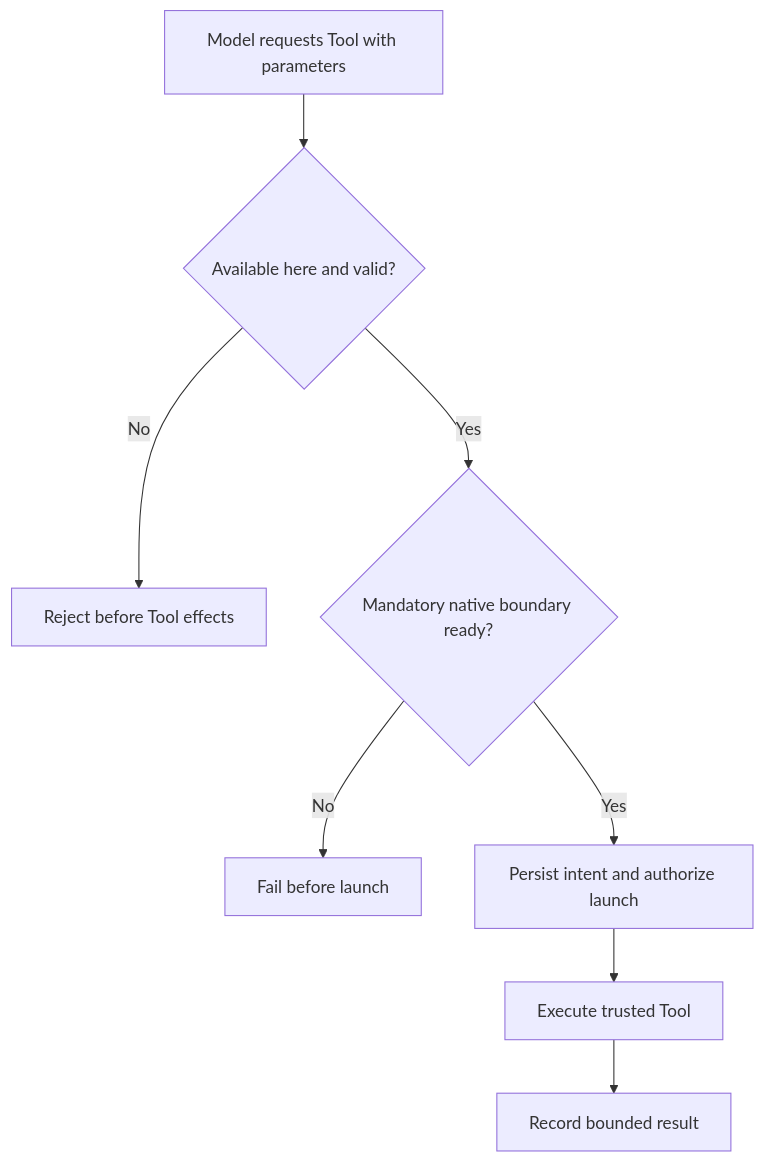
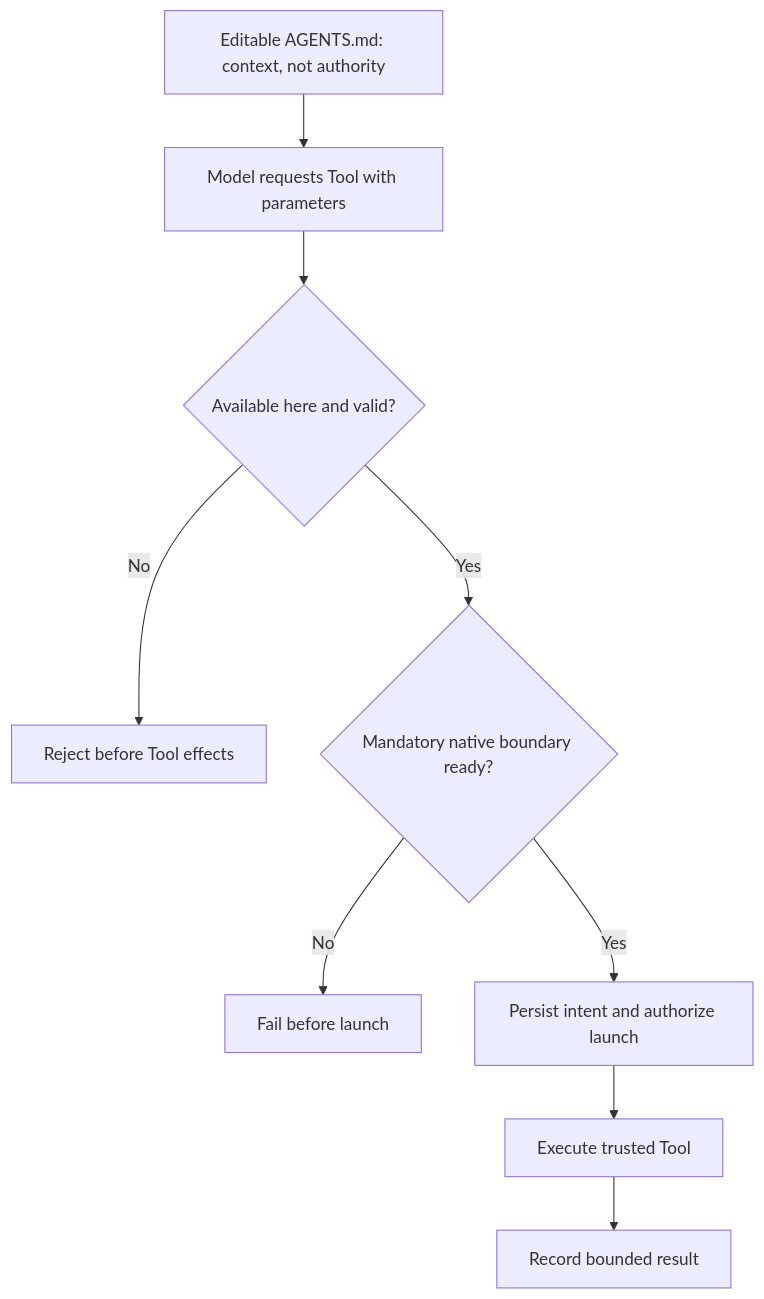
Before and after one commit to Open-Equilibrium/watershed: the second of 11 diagrams in docs/concept/flow-agent-executor-architecture.md, drawn with Mermaid. The commit also changed other lines of this file and 5 other files, not shown here.

````diff
--- a/docs/concept/flow-agent-executor-architecture.md
+++ b/docs/concept/flow-agent-executor-architecture.md
@@ -54,10 +54,11 @@
 ```mermaid
 flowchart TD
+  Instructions["Editable AGENTS.md: context, not authority"] --> Input
   Input["Model requests Tool with parameters"] --> Check{"Available here and valid?"}
   Check -->|No| Reject["Reject before Tool effects"]
   Check -->|Yes| Ready{"Mandatory native boundary ready?"}
   Ready -->|No| Stop["Fail before launch"]
   Ready -->|Yes| Intent["Persist intent and authorize launch"]
   Intent --> Run["Execute trusted Tool"]
   Run --> Result["Record bounded result"]
 ```
````
